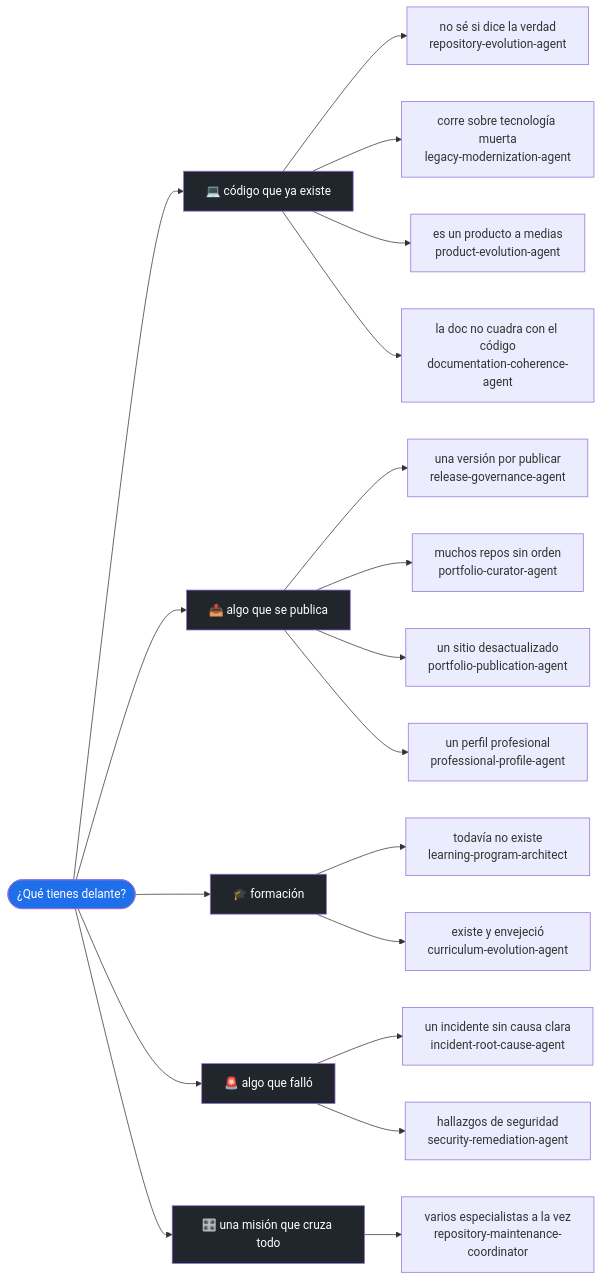
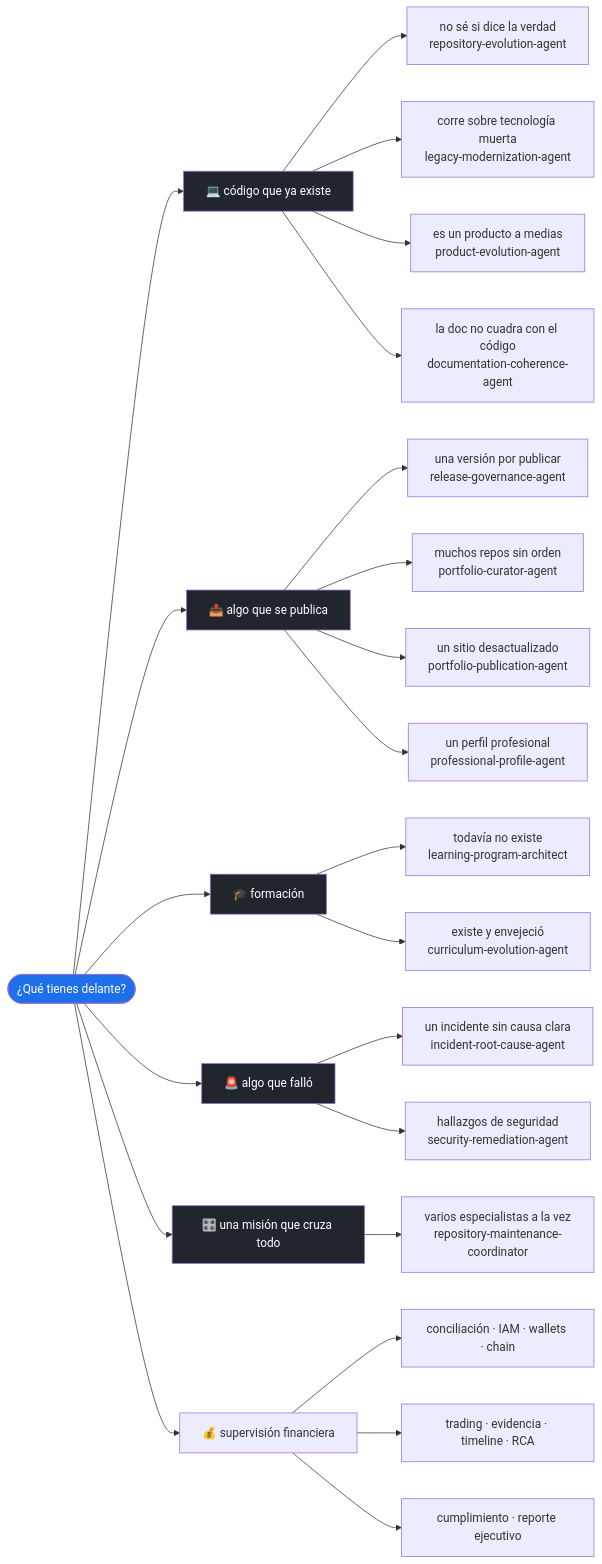
One commit to vladimiracunadev-create/operational-ai-agents changed the second of 4 diagrams in README.md. Above: the diagram before and after it, drawn with Mermaid. The commit also changed other lines of this file and 154 other files, not shown here.

````diff
--- a/README.md
+++ b/README.md
@@ -89,33 +89,38 @@
 ```mermaid
 flowchart LR
     S(["¿Qué tienes delante?"]) --> C["💻 código que ya existe"]
     S --> D["📤 algo que se publica"]
     S --> F["🎓 formación"]
     S --> I["🚨 algo que falló"]
     S --> M["🎛️ una misión que cruza todo"]
+    S --> R["💰 supervisión financiera"]
 
     C --> C1["no sé si dice la verdad<br/>repository-evolution-agent"]
     C --> C2["corre sobre tecnología muerta<br/>legacy-modernization-agent"]
     C --> C3["es un producto a medias<br/>product-evolution-agent"]
     C --> C4["la doc no cuadra con el código<br/>documentation-coherence-agent"]
 
     D --> D1["una versión por publicar<br/>release-governance-agent"]
     D --> D2["muchos repos sin orden<br/>portfolio-curator-agent"]
     D --> D3["un sitio desactualizado<br/>portfolio-publication-agent"]
     D --> D4["un perfil profesional<br/>professional-profile-agent"]
 
     F --> F1["todavía no existe<br/>learning-program-architect"]
     F --> F2["existe y envejeció<br/>curriculum-evolution-agent"]
 
     I --> I1["un incidente sin causa clara<br/>incident-root-cause-agent"]
     I --> I2["hallazgos de seguridad<br/>security-remediation-agent"]
 
     M --> M1["varios especialistas a la vez<br/>repository-maintenance-coordinator"]
 
+    R --> R1["conciliación · IAM · wallets · chain"]
+    R --> R2["trading · evidencia · timeline · RCA"]
+    R --> R3["cumplimiento · reporte ejecutivo"]
+
     style S fill:#1f6feb,color:#fff
     style C fill:#21262d,color:#fff
     style D fill:#21262d,color:#fff
     style F fill:#21262d,color:#fff
     style I fill:#21262d,color:#fff
     style M fill:#21262d,color:#fff
 ```
````
